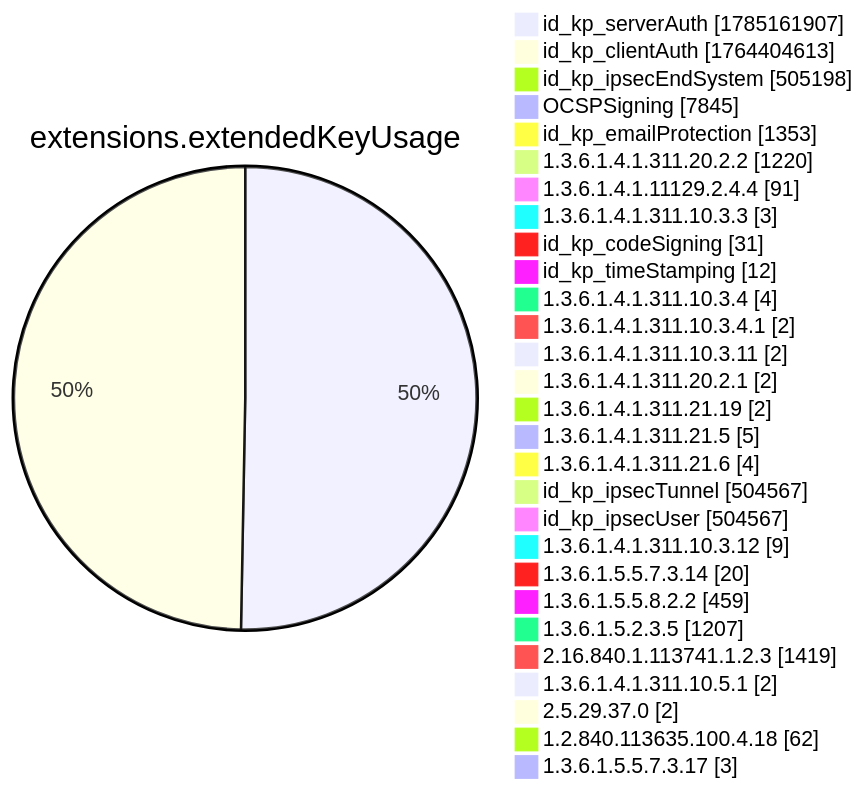
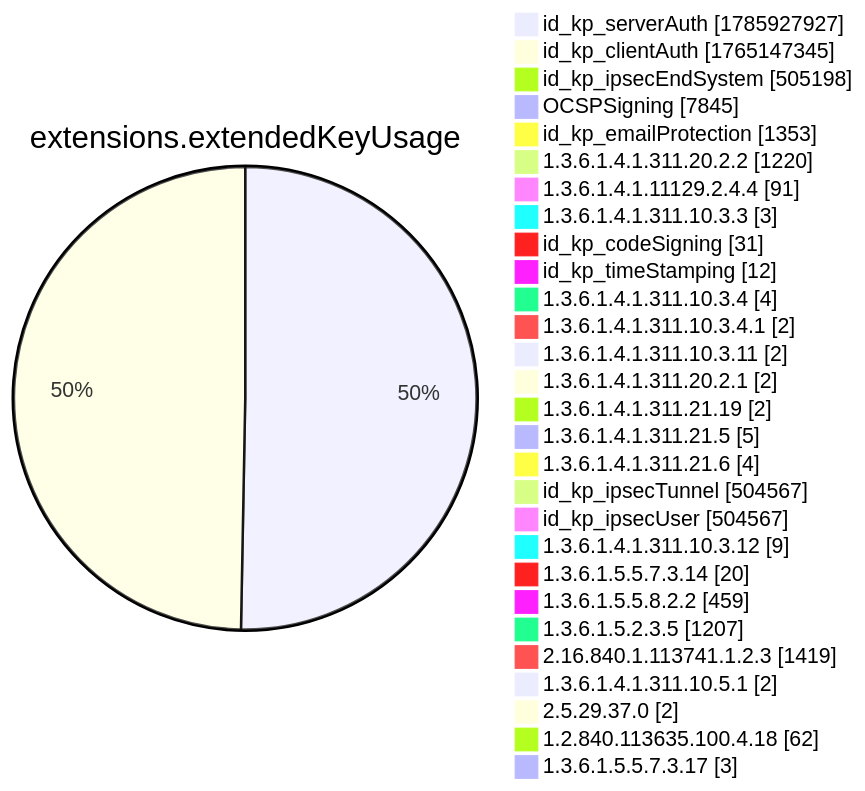
Before and after one commit to christiankrug/ctmonitor_visualization: diagram 12 of 15 in xenon2022/README.md, drawn with Mermaid. The commit also changed other lines of this file, not shown here.

````diff
--- a/xenon2022/README.md
+++ b/xenon2022/README.md
@@ -3894,32 +3894,32 @@
 ```mermaid
 pie showData
 title extensions.extendedKeyUsage
-"id_kp_serverAuth" :1785161907
-"id_kp_clientAuth" :1764404613
+"id_kp_serverAuth" :1785927927
+"id_kp_clientAuth" :1765147345
 "id_kp_ipsecEndSystem" :505198
 "OCSPSigning" :7845
 "id_kp_emailProtection" :1353
 "1.3.6.1.4.1.311.20.2.2" :1220
 "1.3.6.1.4.1.11129.2.4.4" :91
 "1.3.6.1.4.1.311.10.3.3" :3
 "id_kp_codeSigning" :31
 "id_kp_timeStamping" :12
 "1.3.6.1.4.1.311.10.3.4" :4
 "1.3.6.1.4.1.311.10.3.4.1" :2
 "1.3.6.1.4.1.311.10.3.11" :2
 "1.3.6.1.4.1.311.20.2.1" :2
 "1.3.6.1.4.1.311.21.19" :2
 "1.3.6.1.4.1.311.21.5" :5
 "1.3.6.1.4.1.311.21.6" :4
 "id_kp_ipsecTunnel" :504567
 "id_kp_ipsecUser" :504567
 "1.3.6.1.4.1.311.10.3.12" :9
 "1.3.6.1.5.5.7.3.14" :20
 "1.3.6.1.5.5.8.2.2" :459
 "1.3.6.1.5.2.3.5" :1207
 "2.16.840.1.113741.1.2.3" :1419
 "1.3.6.1.4.1.311.10.5.1" :2
 "2.5.29.37.0" :2
 "1.2.840.113635.100.4.18" :62
 "1.3.6.1.5.5.7.3.17" :3
 ```
````
